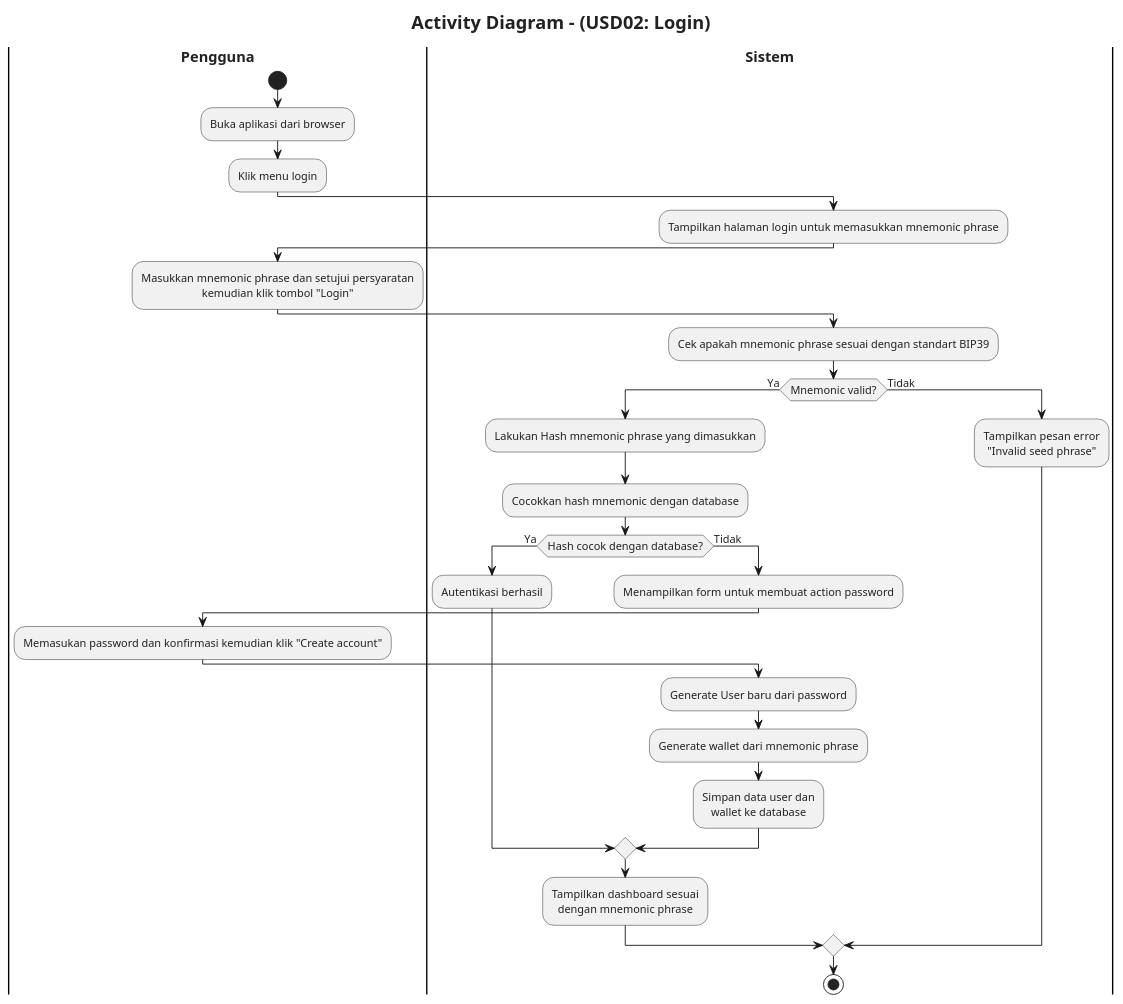
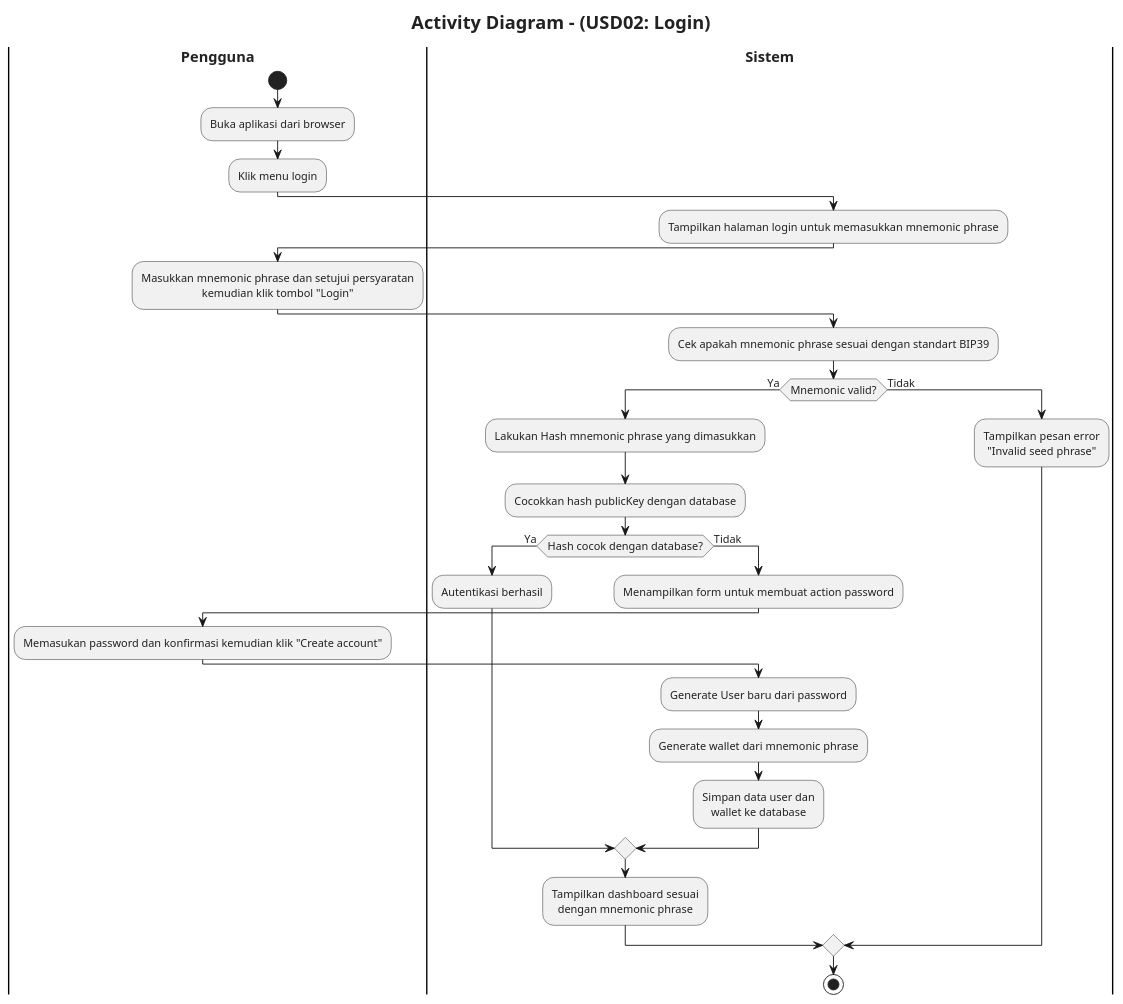
Before and after one commit to syafiq-ubay/walldoc-plantUML: the diagram in activity-diagram/02_Login.puml, drawn with PlantUML. The commit also changed 1 other file, not shown here.

```diff
--- a/activity-diagram/02_Login.puml
+++ b/activity-diagram/02_Login.puml
@@ -1,43 +1,43 @@
 @startuml
 skinparam defaultFontName "JetBrains Mono"
 skinparam defaultFontSize 12
 skinparam defaultFontColor #222222
 skinparam titleFontSize 20
 skinparam DefaultTextAlignment center
 title Activity Diagram - (USD02: Login)
 
 |<b><font size=16>Pengguna</font></b>|
 start
 :Buka aplikasi dari browser;
 :Klik menu login;
 |<b><font size=16>Sistem</font></b>|
 :Tampilkan halaman login untuk memasukkan mnemonic phrase;
 |<b><font size=16>Pengguna</font></b>|
 :Masukkan mnemonic phrase dan setujui persyaratan
 kemudian klik tombol "Login";
 |<b><font size=16>Sistem</font></b>|
 :Cek apakah mnemonic phrase sesuai dengan standart BIP39;
 if (Mnemonic valid?) then (Ya)
   :Lakukan Hash mnemonic phrase yang dimasukkan;
-  :Cocokkan hash mnemonic dengan database;
+  :Cocokkan hash publicKey dengan database;
   if (Hash cocok dengan database?) then (Ya)
     :Autentikasi berhasil;
     else (Tidak)
     :Menampilkan form untuk membuat action password;
     |<b><font size=16>Pengguna</font></b>|
     :Memasukan password dan konfirmasi kemudian klik "Create account";
     |<b><font size=16>Sistem</font></b>|
     :Generate User baru dari password;
     :Generate wallet dari mnemonic phrase;
     :Simpan data user dan
     wallet ke database;
   endif
   :Tampilkan dashboard sesuai
   dengan mnemonic phrase;
 else (Tidak)
   :Tampilkan pesan error
   "Invalid seed phrase";
 endif
 stop
 
 @enduml
```
